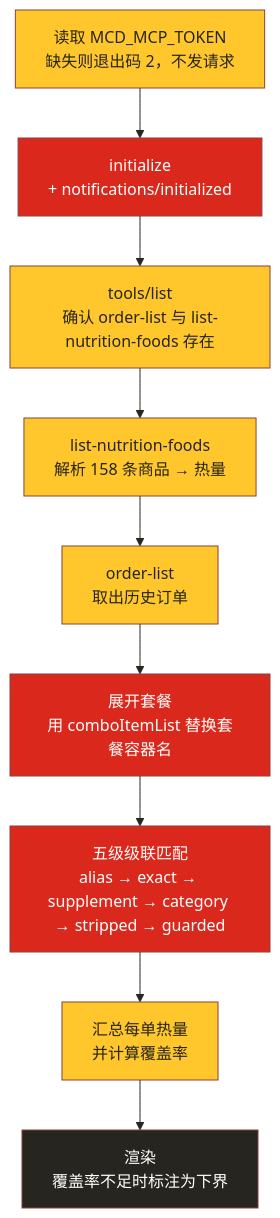
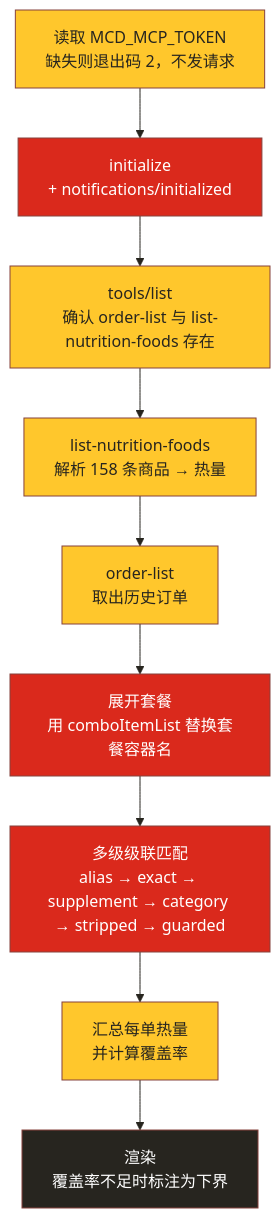
One commit to BreadKid/mcd-order-calories changed the first of 2 diagrams in MCP_INTEGRATION.md. Above: the diagram before and after it, drawn with Mermaid. The commit also changed other lines of this file and 4 other files, not shown here.

````diff
--- a/MCP_INTEGRATION.md
+++ b/MCP_INTEGRATION.md
@@ -62,20 +69,20 @@
 ```mermaid
 %%{init: {'theme': 'base', 'themeVariables': {'primaryColor': '#DA291C', 'primaryTextColor': '#fff', 'secondaryColor': '#FFC72C', 'tertiaryColor': '#27251F', 'lineColor': '#27251F'}}}%%
 flowchart TB
     A["读取 MCD_MCP_TOKEN<br/>缺失则退出码 2，不发请求"] --> B["initialize<br/>+ notifications/initialized"]
     B --> C["tools/list<br/>确认 order-list 与 list-nutrition-foods 存在"]
     C --> D["list-nutrition-foods<br/>解析 158 条商品 → 热量"]
     D --> E["order-list<br/>取出历史订单"]
     E --> F["展开套餐<br/>用 comboItemList 替换套餐容器名"]
-    F --> G["五级级联匹配<br/>alias → exact → supplement → category → stripped → guarded"]
+    F --> G["多级级联匹配<br/>alias → exact → supplement → category → stripped → guarded"]
     G --> H["汇总每单热量<br/>并计算覆盖率"]
     H --> I["渲染<br/>覆盖率不足时标注为下界"]
     style A fill:#FFC72C,color:#27251F
     style C fill:#FFC72C,color:#27251F
     style D fill:#FFC72C,color:#27251F
     style E fill:#FFC72C,color:#27251F
     style F fill:#DA291C,color:#fff
     style G fill:#DA291C,color:#fff
     style H fill:#FFC72C,color:#27251F
     style I fill:#27251F,color:#fff
 ```
````
